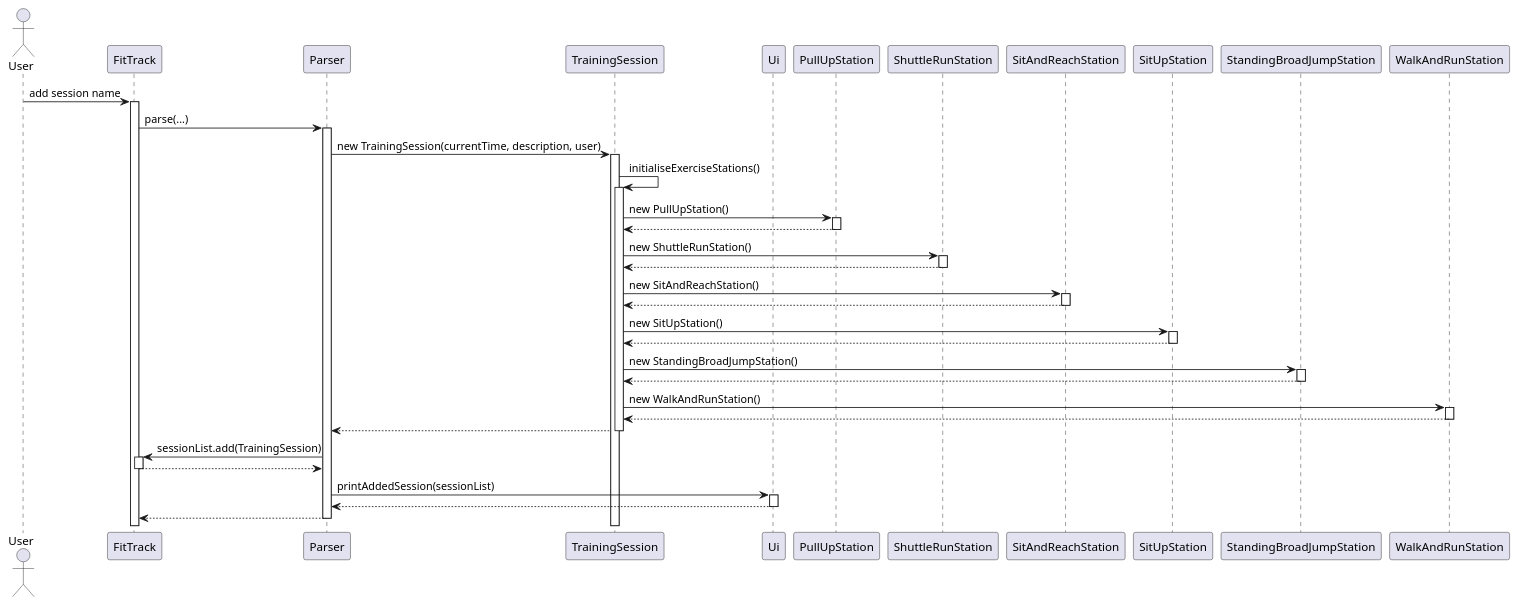
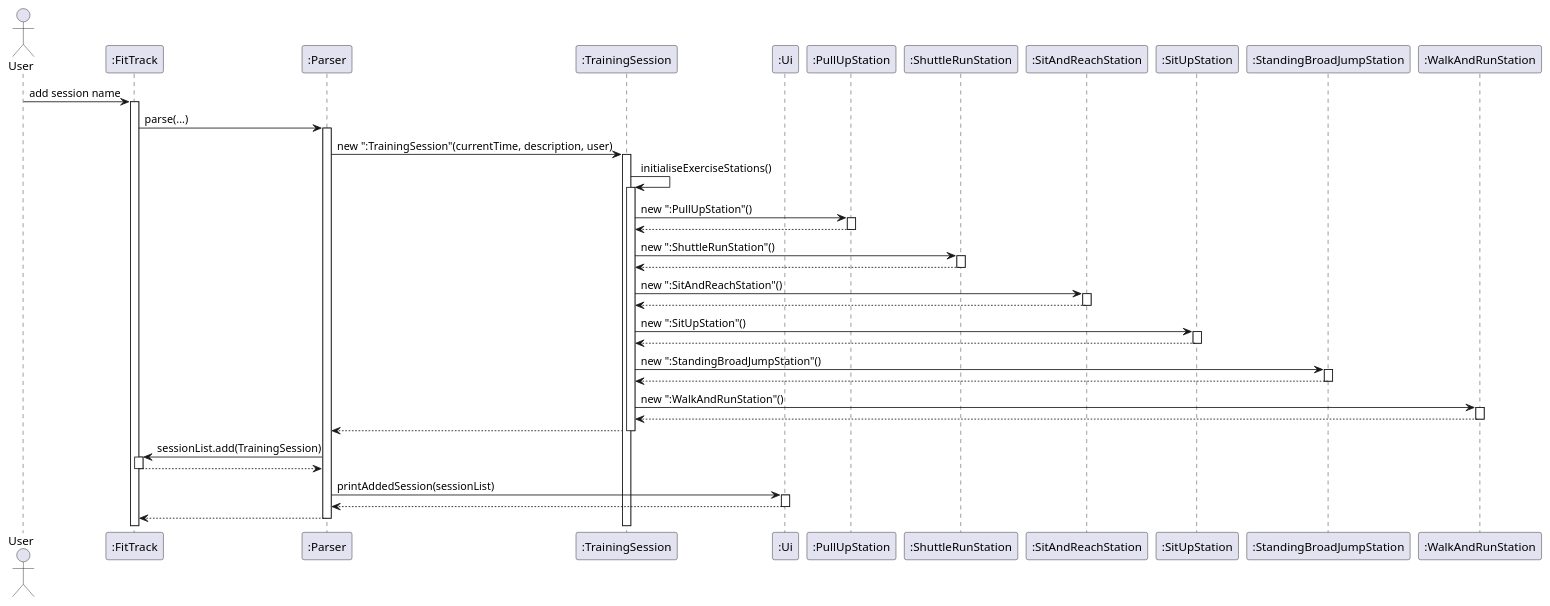
One commit to nus-cs2113-AY2425S1/tp changed the diagram in docs/Diagrams/Sequence_addTrainingSession.puml. Above: the diagram before and after it, drawn with PlantUML. The commit also changed 15 other files, not shown here.

```diff
--- a/docs/Diagrams/Sequence_addTrainingSession.puml
+++ b/docs/Diagrams/Sequence_addTrainingSession.puml
@@ -1,74 +1,74 @@
 @startuml
 
 actor User
-participant FitTrack
-participant Parser
-participant TrainingSession
-participant Ui
-participant PullUpStation
-participant ShuttleRunStation
-participant SitAndReachStation
-participant SitUpStation
-participant StandingBroadJumpStation
-participant WalkAndRunStation
+participant ":FitTrack"
+participant ":Parser"
+participant ":TrainingSession"
+participant ":Ui"
+participant ":PullUpStation"
+participant ":ShuttleRunStation"
+participant ":SitAndReachStation"
+participant ":SitUpStation"
+participant ":StandingBroadJumpStation"
+participant ":WalkAndRunStation"
 
-User -> FitTrack: add session name
-activate FitTrack
+User -> ":FitTrack": add session name
+activate ":FitTrack"
 
-FitTrack -> Parser: parse(...)
-activate Parser
+":FitTrack" -> ":Parser": parse(...)
+activate ":Parser"
 
-Parser -> TrainingSession: new TrainingSession(currentTime, description, user)
-activate TrainingSession
+":Parser" -> ":TrainingSession": new ":TrainingSession"(currentTime, description, user)
+activate ":TrainingSession"
 
 ' Initialize exercise stations
-TrainingSession -> TrainingSession: initialiseExerciseStations()
-activate TrainingSession
+":TrainingSession" -> ":TrainingSession": initialiseExerciseStations()
+activate ":TrainingSession"
 
-TrainingSession -> PullUpStation: new PullUpStation()
-activate PullUpStation
+":TrainingSession" -> ":PullUpStation": new ":PullUpStation"()
+activate ":PullUpStation"
 return
-deactivate PullUpStation
+deactivate ":PullUpStation"
 
-TrainingSession -> ShuttleRunStation: new ShuttleRunStation()
-activate ShuttleRunStation
+":TrainingSession" -> ":ShuttleRunStation": new ":ShuttleRunStation"()
+activate ":ShuttleRunStation"
 return
-deactivate ShuttleRunStation
+deactivate ":ShuttleRunStation"
 
-TrainingSession -> SitAndReachStation: new SitAndReachStation()
-activate SitAndReachStation
+":TrainingSession" -> ":SitAndReachStation": new ":SitAndReachStation"()
+activate ":SitAndReachStation"
 return
-deactivate SitAndReachStation
+deactivate ":SitAndReachStation"
 
-TrainingSession -> SitUpStation: new SitUpStation()
-activate SitUpStation
+":TrainingSession" -> ":SitUpStation": new ":SitUpStation"()
+activate ":SitUpStation"
 return
-deactivate SitUpStation
+deactivate ":SitUpStation"
 
-TrainingSession -> StandingBroadJumpStation: new StandingBroadJumpStation()
-activate StandingBroadJumpStation
+":TrainingSession" -> ":StandingBroadJumpStation": new ":StandingBroadJumpStation"()
+activate ":StandingBroadJumpStation"
 return
-deactivate StandingBroadJumpStation
+deactivate ":StandingBroadJumpStation"
 
-TrainingSession -> WalkAndRunStation: new WalkAndRunStation()
-activate WalkAndRunStation
+":TrainingSession" -> ":WalkAndRunStation": new ":WalkAndRunStation"()
+activate ":WalkAndRunStation"
 return
-deactivate WalkAndRunStation
+deactivate ":WalkAndRunStation"
 
-TrainingSession --> Parser
-deactivate TrainingSession
+":TrainingSession" --> ":Parser"
+deactivate ":TrainingSession"
 
-Parser -> FitTrack: sessionList.add(TrainingSession)
+":Parser" -> ":FitTrack": sessionList.add(TrainingSession)
 
-activate FitTrack
+activate ":FitTrack"
 return
 
-Parser -> Ui: printAddedSession(sessionList)
-activate Ui
-Ui --> Parser
-deactivate Ui
+":Parser" -> ":Ui": printAddedSession(sessionList)
+activate ":Ui"
+":Ui" --> ":Parser"
+deactivate ":Ui"
 
-Parser --> FitTrack
+":Parser" --> ":FitTrack"
 
-deactivate Parser
+deactivate ":Parser"
 @enduml
```
